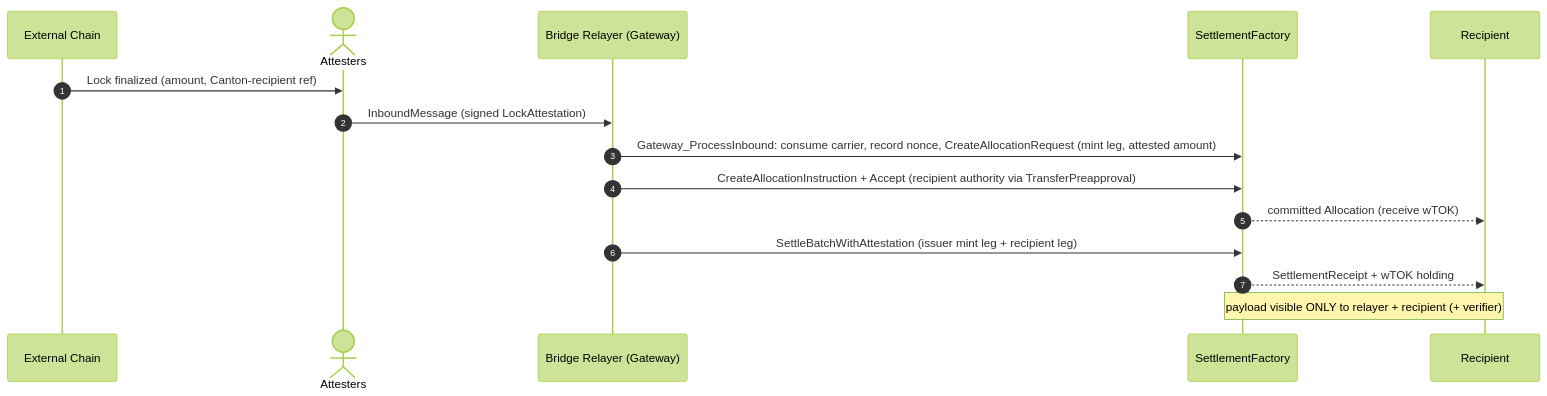
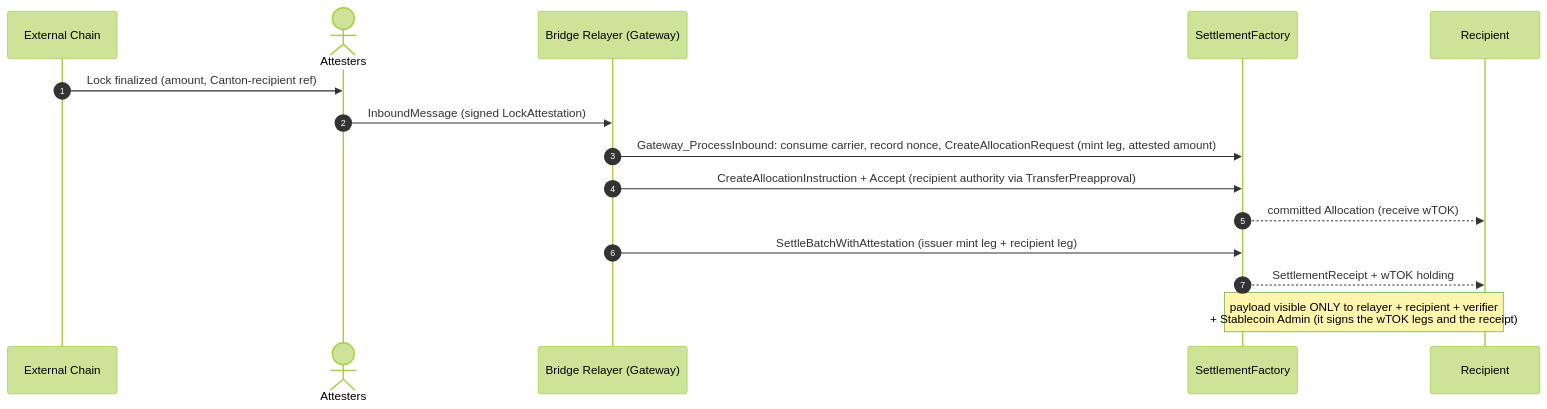
Before and after one commit to OpenZeppelin/canton-specs: the fifth of 5 diagrams in docs/reference-architectures/cross-chain-stablecoin.md, drawn with Mermaid (forest theme). The commit also changed other lines of this file and 1 other file, not shown here.

First line of the commit message:
docs: correct source-grounding tags in the cross-chain stablecoin report (#67)

````diff
--- a/docs/reference-architectures/cross-chain-stablecoin.md
+++ b/docs/reference-architectures/cross-chain-stablecoin.md
@@ -238,18 +240,18 @@
 ```mermaid
 sequenceDiagram
     autonumber
     participant Ext as External Chain
     actor Attesters
     participant Relayer as Bridge Relayer (Gateway)
     participant SettleFactory as SettlementFactory
     participant Recipient
 
     Ext->>Attesters: Lock finalized (amount, Canton-recipient ref)
     Attesters->>Relayer: InboundMessage (signed LockAttestation)
     Relayer->>SettleFactory: Gateway_ProcessInbound: consume carrier, record nonce, CreateAllocationRequest (mint leg, attested amount)
     Relayer->>SettleFactory: CreateAllocationInstruction + Accept (recipient authority via TransferPreapproval)
     SettleFactory-->>Recipient: committed Allocation (receive wTOK)
     Relayer->>SettleFactory: SettleBatchWithAttestation (issuer mint leg + recipient leg)
     SettleFactory-->>Recipient: SettlementReceipt + wTOK holding
-    Note over SettleFactory,Recipient: payload visible ONLY to relayer + recipient (+ verifier)
+    Note over SettleFactory,Recipient: payload visible ONLY to relayer + recipient + verifier<br/>+ Stablecoin Admin (it signs the wTOK legs and the receipt);
 ```
````
